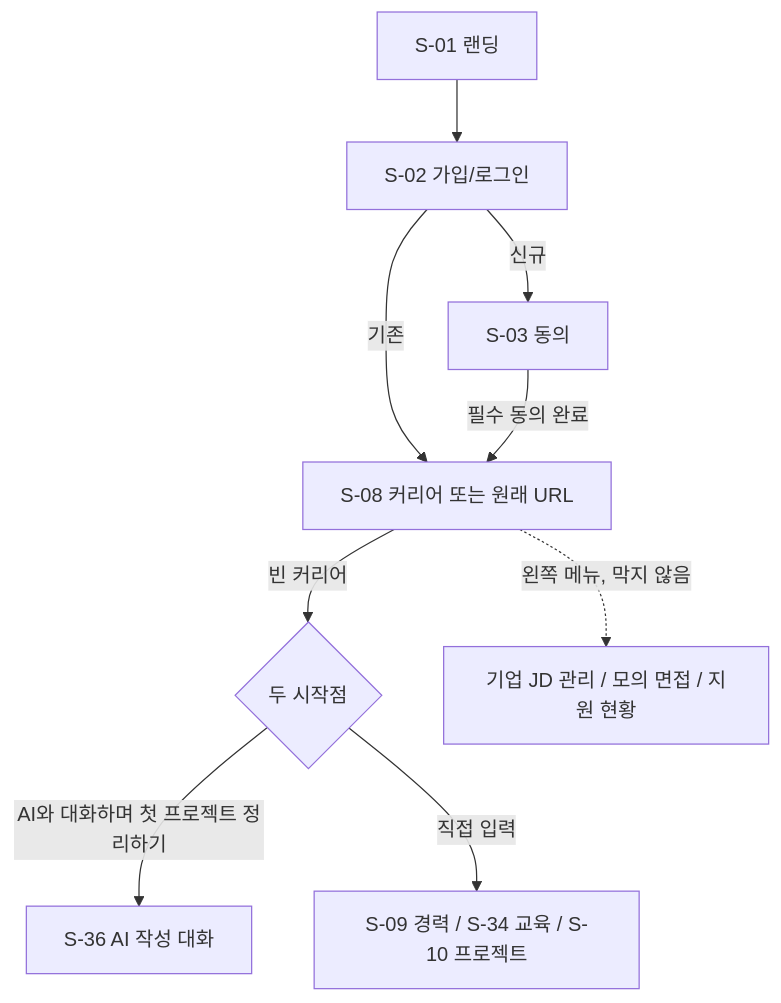
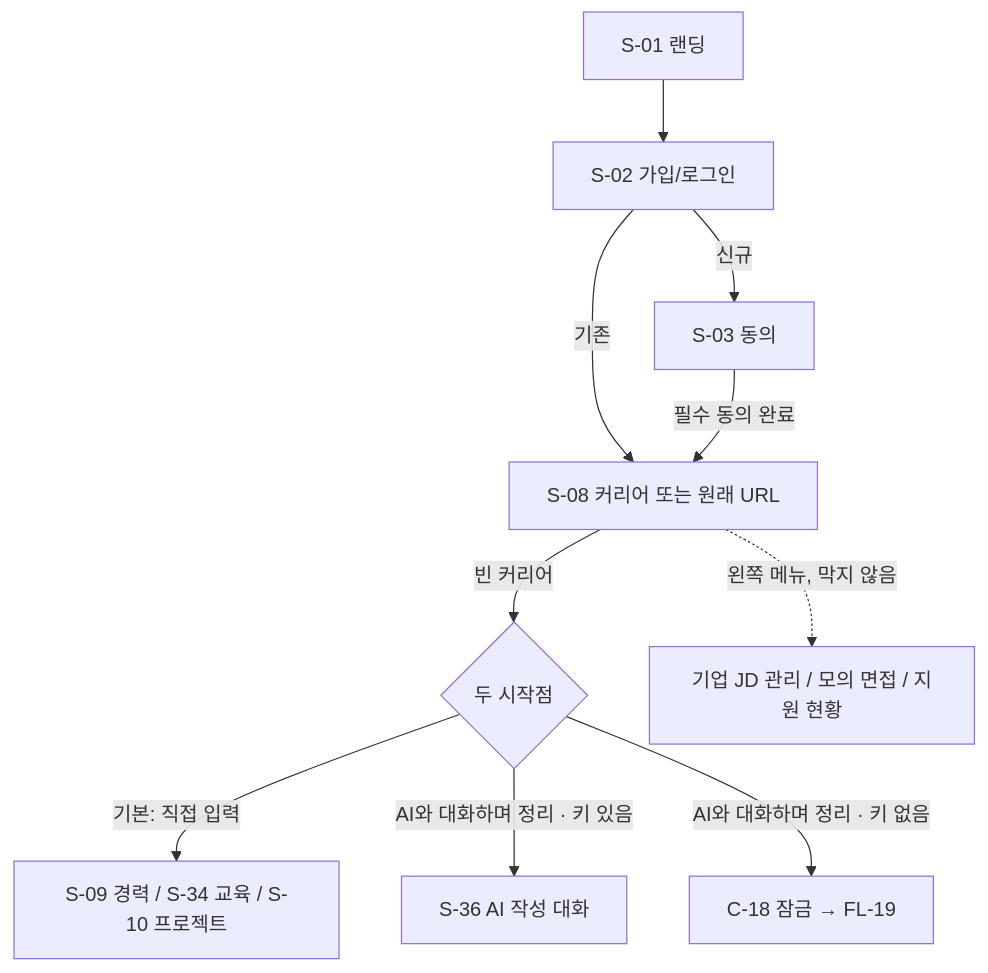
Before and after one commit to j-hyunn/resumate: the second of 19 diagrams in _workspace/02_ux-planner_flows.md, drawn with Mermaid. The commit also changed other lines of this file and 11 other files, not shown here.

````diff
--- a/_workspace/02_ux-planner_flows.md
+++ b/_workspace/02_ux-planner_flows.md
@@ -214,11 +232,12 @@
 ```mermaid
 flowchart TD
   A[S-01 랜딩] --> B[S-02 가입/로그인]
   B -->|신규| C[S-03 동의]
   B -->|기존| D[S-08 커리어 또는 원래 URL]
   C -->|필수 동의 완료| D
   D -->|빈 커리어| E{두 시작점}
-  E -->|AI와 대화하며 첫 프로젝트 정리하기| F[S-36 AI 작성 대화]
-  E -->|직접 입력| G[S-09 경력 / S-34 교육 / S-10 프로젝트]
+  E -->|기본: 직접 입력| G[S-09 경력 / S-34 교육 / S-10 프로젝트]
+  E -->|AI와 대화하며 정리 · 키 있음| F[S-36 AI 작성 대화]
+  E -->|AI와 대화하며 정리 · 키 없음| L[C-18 잠금 → FL-19]
   D -.왼쪽 메뉴, 막지 않음.-> H[기업 JD 관리 / 모의 면접 / 지원 현황]
 ```
````
